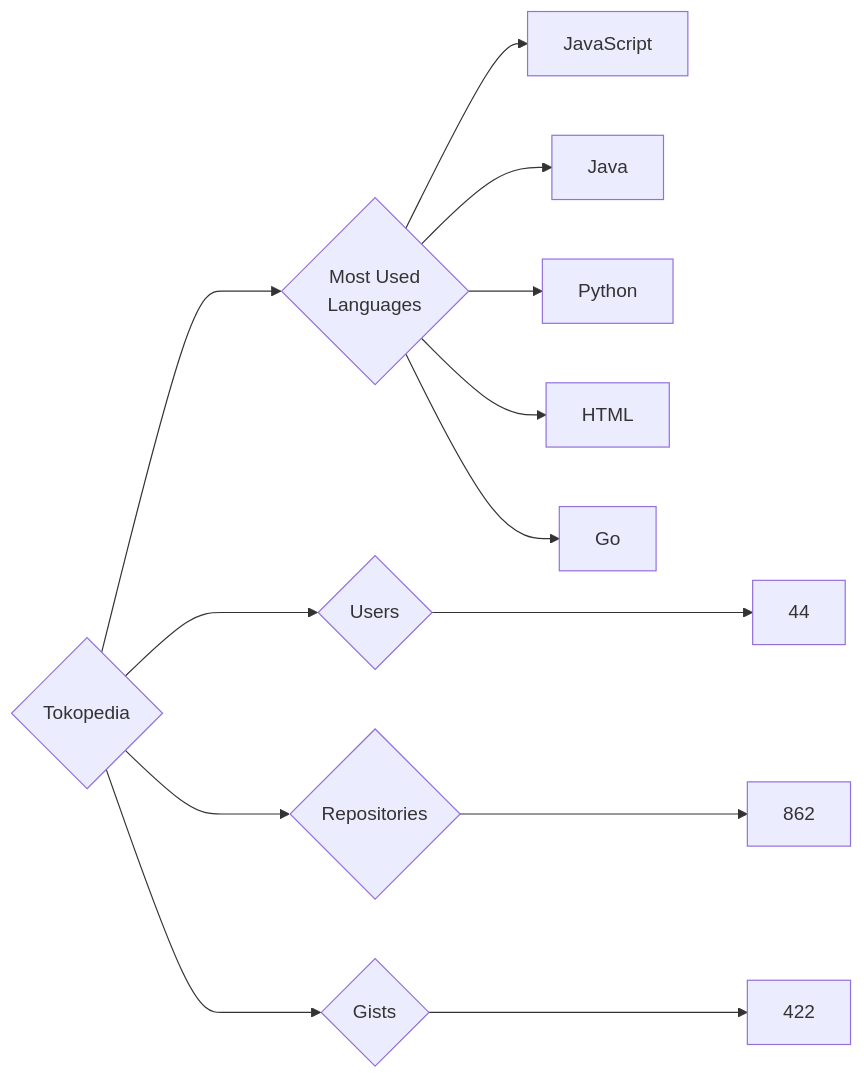
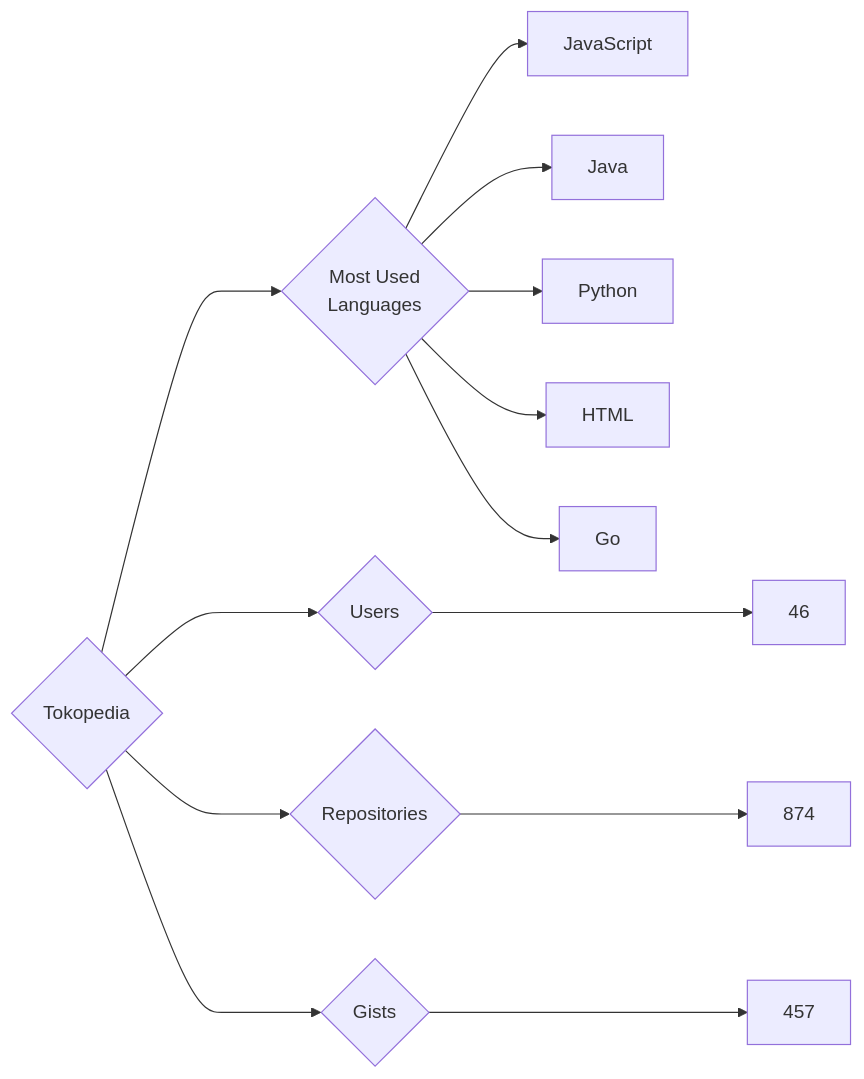
Before and after one commit to trickest/insiders: the diagram in targets/Tokopedia/README.md, drawn with Mermaid. The commit also changed 829 other files, not shown here.

````diff
--- a/targets/Tokopedia/README.md
+++ b/targets/Tokopedia/README.md
@@ -3,13 +3,13 @@
 ```mermaid
 graph LR
 COMPANY_NAME{Tokopedia}
-COMPANY_NAME ---> U{Users} ---> UN[44]
-COMPANY_NAME ---> R{Repositories} ---> RN[862]
-COMPANY_NAME ---> G{Gists} ---> GN[422]
+COMPANY_NAME ---> U{Users} ---> UN[46]
+COMPANY_NAME ---> R{Repositories} ---> RN[874]
+COMPANY_NAME ---> G{Gists} ---> GN[457]
 COMPANY_NAME ---> ML{Most Used<br>Languages}
 ML --> JavaScript[JavaScript]
 ML --> Java[Java]
 ML --> Python[Python]
 ML --> HTML[HTML]
 ML --> Go[Go]
 ```
````
